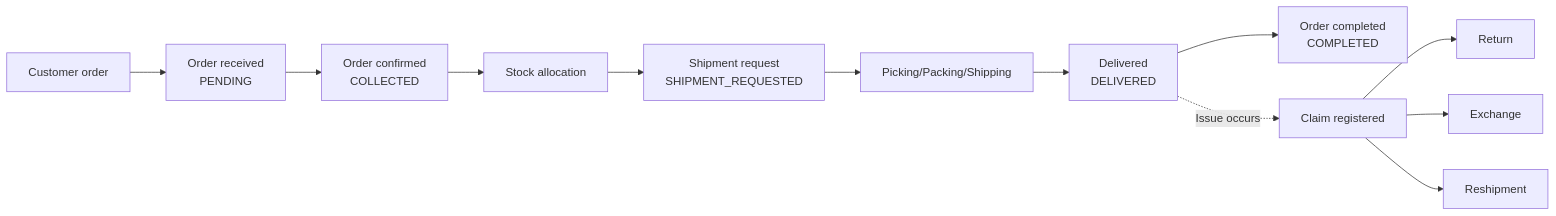
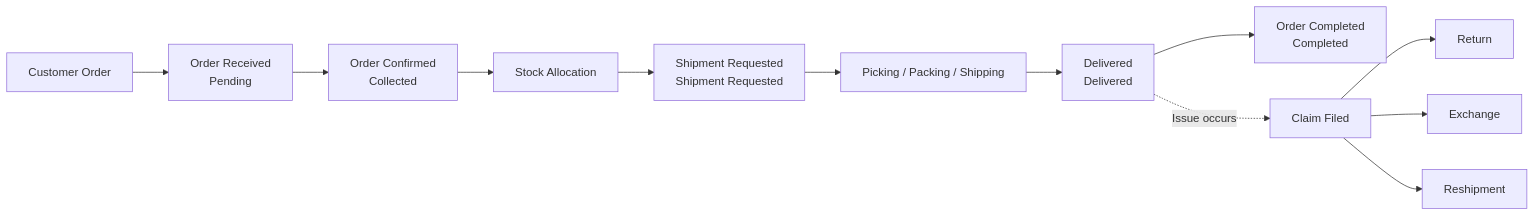
The diagram in i18n/en/docusaurus-plugin-content-docs/current/intro.md (gmldudrkd/oms_manual), drawn with Mermaid before and after one commit. The commit also changed other lines of this file and 118 other files, not shown here.

````diff
--- a/i18n/en/docusaurus-plugin-content-docs/current/intro.md
+++ b/i18n/en/docusaurus-plugin-content-docs/current/intro.md
@@ -29,15 +36,15 @@
 ```mermaid
 graph LR
-    A[Customer order] --> B[Order received<br/>PENDING]
-    B --> C[Order confirmed<br/>COLLECTED]
-    C --> D[Stock allocation]
-    D --> E[Shipment request<br/>SHIPMENT_REQUESTED]
-    E --> F[Picking/Packing/Shipping]
-    F --> G[Delivered<br/>DELIVERED]
-    G --> H[Order completed<br/>COMPLETED]
+    A[Customer Order] --> B[Order Received<br/>Pending]
+    B --> C[Order Confirmed<br/>Collected]
+    C --> D[Stock Allocation]
+    D --> E[Shipment Requested<br/>Shipment Requested]
+    E --> F[Picking / Packing / Shipping]
+    F --> G[Delivered<br/>Delivered]
+    G --> H[Order Completed<br/>Completed]
 
-    G -.->|Issue occurs| I[Claim registered]
+    G -.->|Issue occurs| I[Claim Filed]
     I --> J[Return]
     I --> K[Exchange]
     I --> L[Reshipment]
 ```
````
